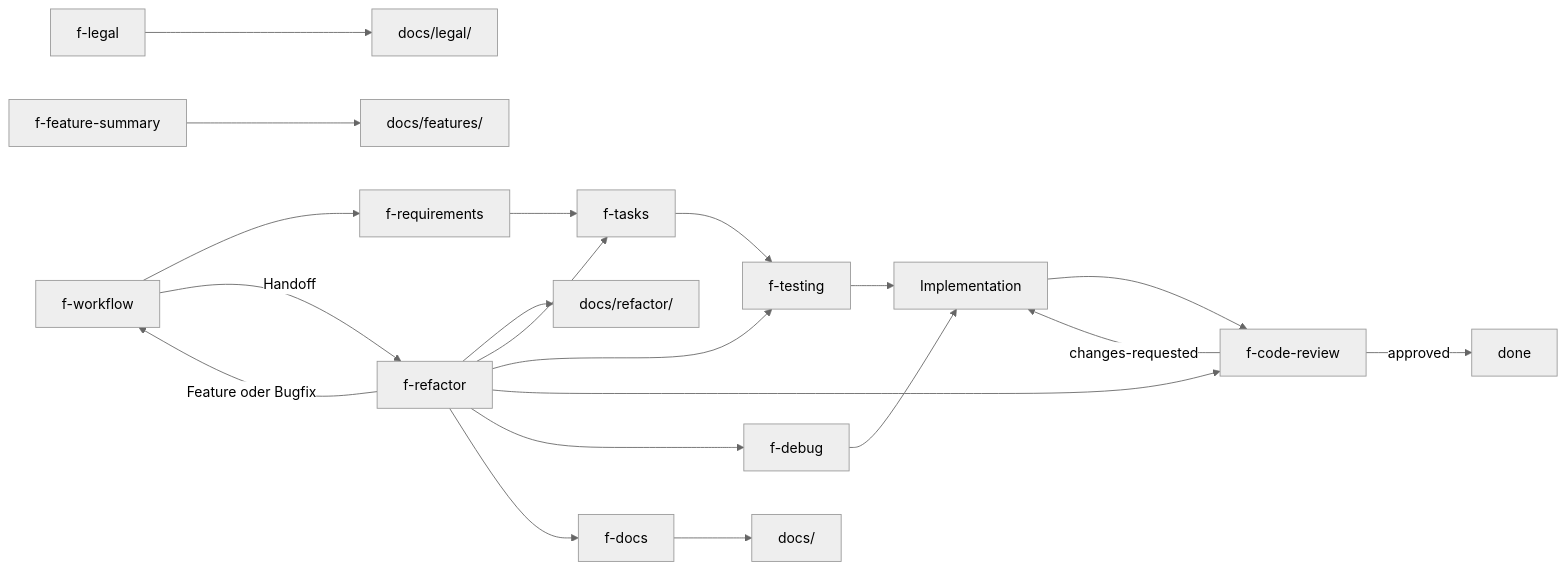
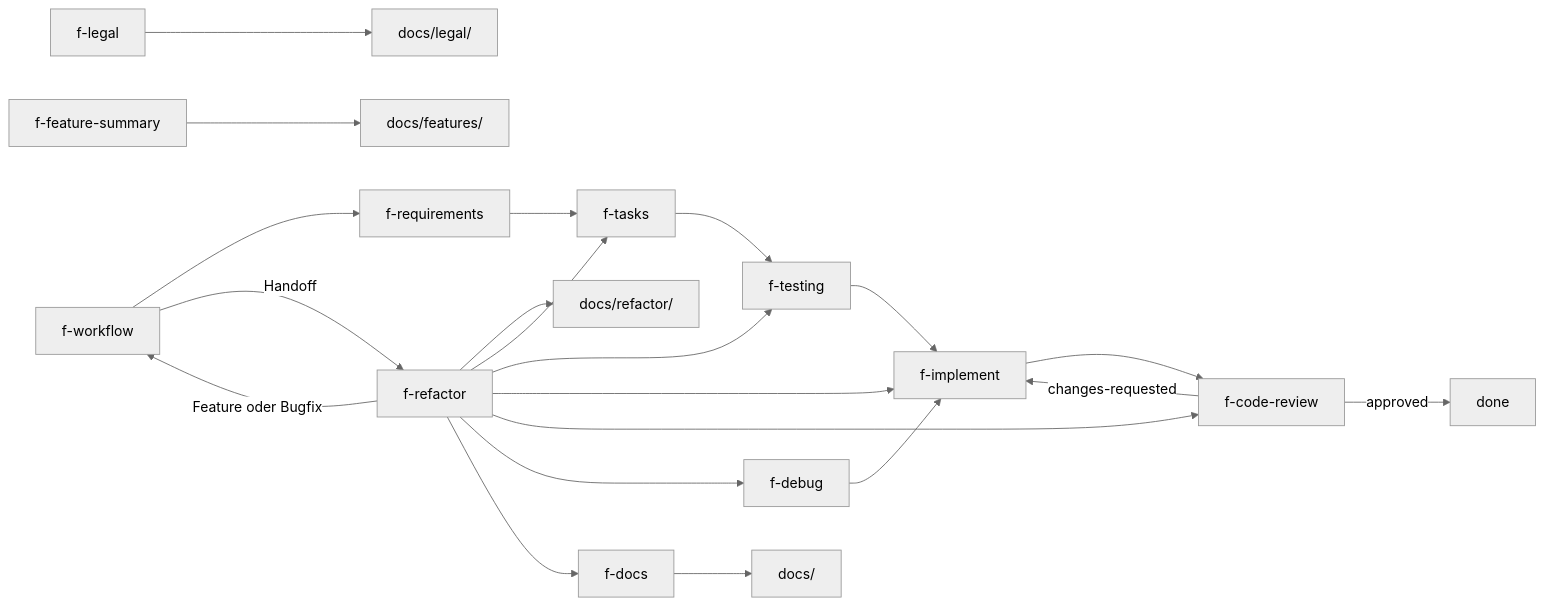
The diagram in docs/architecture.md (fuellner/acf), drawn with Mermaid (neutral theme) before and after one commit. The commit also changed other lines of this file and 34 other files, not shown here.

First line of the commit message:
Add f-implement for uncommitted task implementation (#5)

````diff
--- a/docs/architecture.md
+++ b/docs/architecture.md
@@ -31,22 +32,23 @@
 ```mermaid
 flowchart LR
   A[f-workflow] --> B[f-requirements]
   B --> C[f-tasks]
   C --> D[f-testing]
-  D --> E[Implementation]
+  D --> E[f-implement]
   E --> F[f-code-review]
   F -->|changes-requested| E
   F -->|approved| G[done]
   H[f-debug] --> E
   I[f-docs] --> J[docs/]
   K[f-legal] --> L[docs/legal/]
   M[f-feature-summary] --> N[docs/features/]
   A -->|Handoff| O[f-refactor]
   O -->|Feature oder Bugfix| A
   O --> P[docs/refactor/]
   O --> C
   O --> D
+  O --> E
   O --> F
   O --> H
   O --> I
 ```
````
